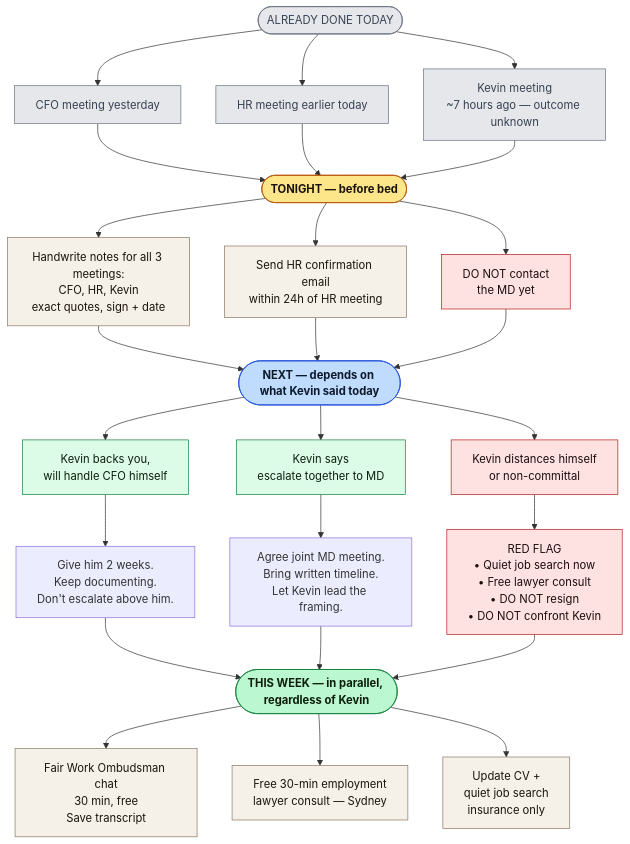
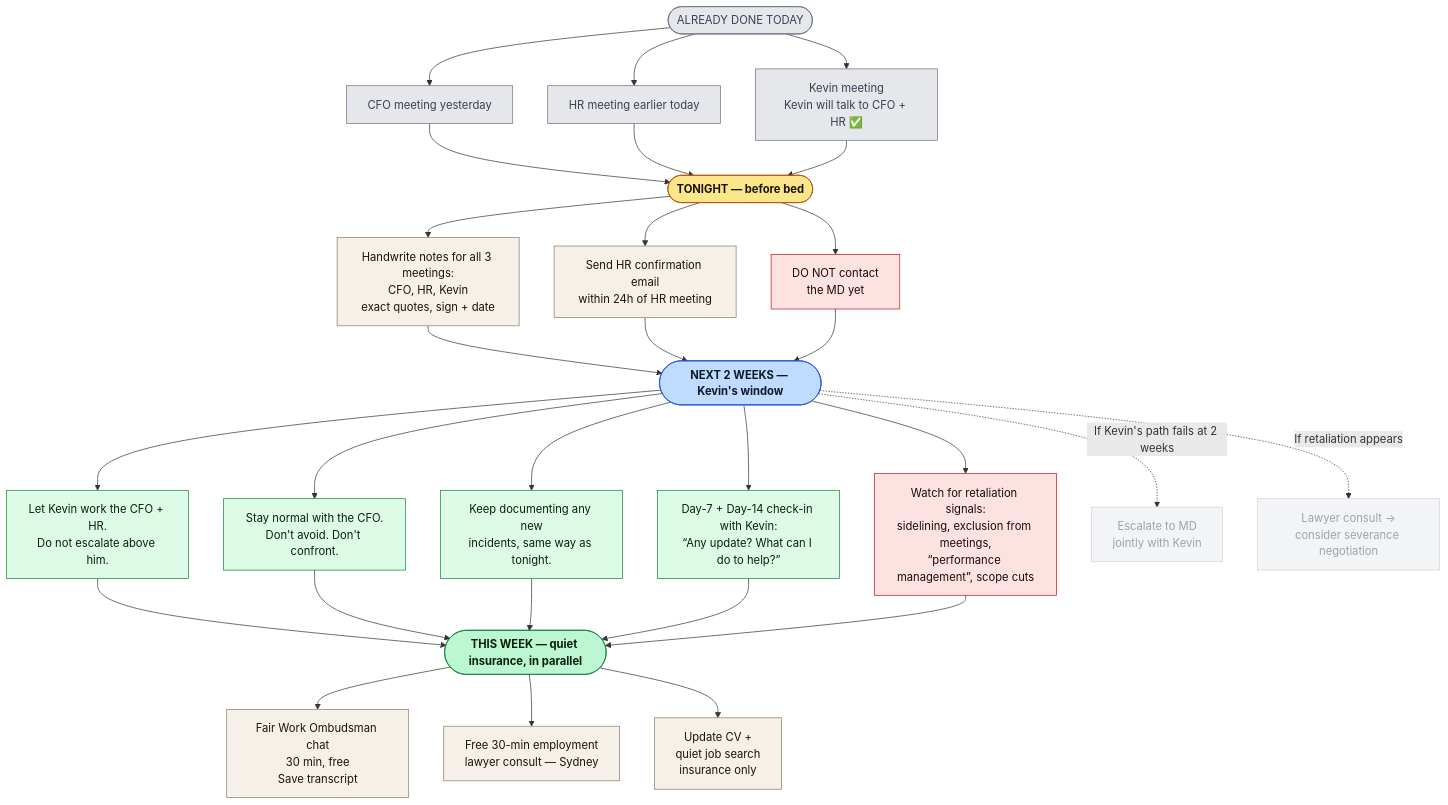
The diagram in docs/hr/decision-map.md (wangdaqian08/werewolf-simple), drawn with Mermaid before and after one commit. The commit also changed other lines of this file, not shown here.

First line of the commit message:
docs(hr): Kevin committed to talk to CFO + HR — lock in 2-week window

````diff
--- a/docs/hr/decision-map.md
+++ b/docs/hr/decision-map.md
@@ -15,47 +15,51 @@
 ```mermaid
 flowchart TD
     classDef done fill:#e5e7eb,stroke:#6b7280,color:#374151
     classDef tonight fill:#fde68a,stroke:#b45309,color:#1a140c,font-weight:bold
-    classDef kevin fill:#bfdbfe,stroke:#1d4ed8,color:#0c1a2a,font-weight:bold
+    classDef active fill:#bfdbfe,stroke:#1d4ed8,color:#0c1a2a,font-weight:bold
     classDef week fill:#bbf7d0,stroke:#15803d,color:#0c1f0c,font-weight:bold
     classDef good fill:#dcfce7,stroke:#15803d,color:#0c1f0c
     classDef warn fill:#fee2e2,stroke:#b91c1c,color:#1a0c0c
     classDef action fill:#f5f0e8,stroke:#8a7a65,color:#1a140c
+    classDef inactive fill:#f3f4f6,stroke:#d1d5db,color:#9ca3af
 
     D([ALREADY DONE TODAY]):::done
     D --> D1[CFO meeting yesterday]:::done
     D --> D2[HR meeting earlier today]:::done
-    D --> D3[Kevin meeting<br/>~7 hours ago — outcome unknown]:::done
+    D --> D3[Kevin meeting<br/>Kevin will talk to CFO + HR ✅]:::done
 
     D1 --> T
     D2 --> T
     D3 --> T
 
     T([TONIGHT — before bed]):::tonight
     T --> T1[Handwrite notes for all 3 meetings:<br/>CFO, HR, Kevin<br/>exact quotes, sign + date]:::action
     T --> T2[Send HR confirmation email<br/>within 24h of HR meeting]:::action
     T --> T3[DO NOT contact<br/>the MD yet]:::warn
 
-    T1 --> K
-    T2 --> K
-    T3 --> K
+    T1 --> N
+    T2 --> N
+    T3 --> N
 
-    K([NEXT — depends on what Kevin said today]):::kevin
+    N([NEXT 2 WEEKS — Kevin's window]):::active
+    N --> N1[Let Kevin work the CFO + HR.<br/>Do not escalate above him.]:::good
+    N --> N2[Stay normal with the CFO.<br/>Don't avoid. Don't confront.]:::good
+    N --> N3[Keep documenting any new<br/>incidents, same way as tonight.]:::good
+    N --> N4[Day-7 + Day-14 check-in with Kevin:<br/>“Any update? What can I do to help?”]:::good
+    N --> N5[Watch for retaliation signals:<br/>sidelining, exclusion from meetings,<br/>“performance management”, scope cuts]:::warn
 
-    K --> K1[Kevin backs you,<br/>will handle CFO himself]:::good
-    K --> K2[Kevin says<br/>escalate together to MD]:::good
-    K --> K3[Kevin distances himself<br/>or non-committal]:::warn
+    N1 --> W
+    N2 --> W
+    N3 --> W
+    N4 --> W
+    N5 --> W
 
-    K1 --> K1a[Give him 2 weeks.<br/>Keep documenting.<br/>Don't escalate above him.]
-    K2 --> K2a[Agree joint MD meeting.<br/>Bring written timeline.<br/>Let Kevin lead the framing.]
-    K3 --> K3a[RED FLAG<br/>• Quiet job search now<br/>• Free lawyer consult<br/>• DO NOT resign<br/>• DO NOT confront Kevin]:::warn
-
-    K1a --> W
-    K2a --> W
-    K3a --> W
-
-    W([THIS WEEK — in parallel, regardless of Kevin]):::week
+    W([THIS WEEK — quiet insurance, in parallel]):::week
     W --> W1[Fair Work Ombudsman chat<br/>30 min, free<br/>Save transcript]:::action
     W --> W2[Free 30-min employment<br/>lawyer consult — Sydney]:::action
     W --> W3[Update CV +<br/>quiet job search<br/>insurance only]:::action
+
+    %% Inactive branches — kept visible as future paths if needed
+    N -.->|If Kevin's path fails at 2 weeks| F1[Escalate to MD<br/>jointly with Kevin]:::inactive
+    N -.->|If retaliation appears| F2[Lawyer consult →<br/>consider severance negotiation]:::inactive
 ```
````
